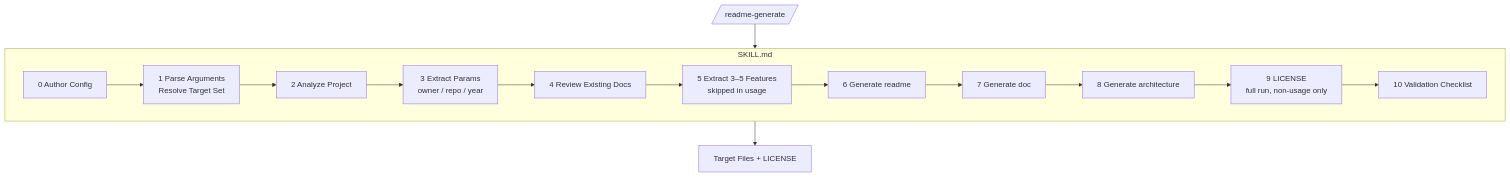
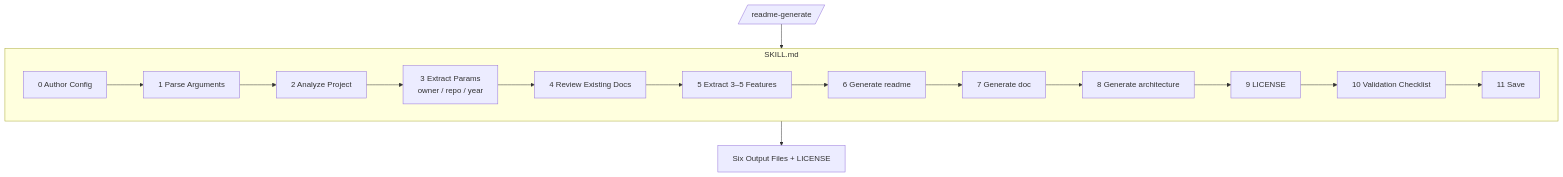
One commit to agenvoy/skill-readme-generate changed the second of 7 diagrams in doc/architecture.md. Above: the diagram before and after it, drawn with Mermaid. The commit also changed other lines of this file and 6 other files, not shown here.

````diff
--- a/doc/architecture.md
+++ b/doc/architecture.md
@@ -28,17 +27,18 @@
 ```mermaid
 graph TB
     subgraph SKILL["SKILL.md"]
-        Step0[0 Author Config] --> Step1[1 Parse Arguments<br/>Resolve Target Set]
+        Step0[0 Author Config] --> Step1[1 Parse Arguments]
         Step1 --> Step2[2 Analyze Project]
         Step2 --> Step3[3 Extract Params<br/>owner / repo / year]
         Step3 --> Step4[4 Review Existing Docs]
-        Step4 --> Step5[5 Extract 3–5 Features<br/>skipped in usage]
+        Step4 --> Step5[5 Extract 3–5 Features]
         Step5 --> Step6[6 Generate readme]
         Step6 --> Step7[7 Generate doc]
         Step7 --> Step8[8 Generate architecture]
-        Step8 --> Step9[9 LICENSE<br/>full run, non-usage only]
+        Step8 --> Step9[9 LICENSE]
         Step9 --> Step10[10 Validation Checklist]
+        Step10 --> Step11[11 Save]
     end
     SlashCmd[/readme-generate/] --> SKILL
-    SKILL --> Files[Target Files + LICENSE]
+    SKILL --> Files[Six Output Files + LICENSE]
 ```
````
